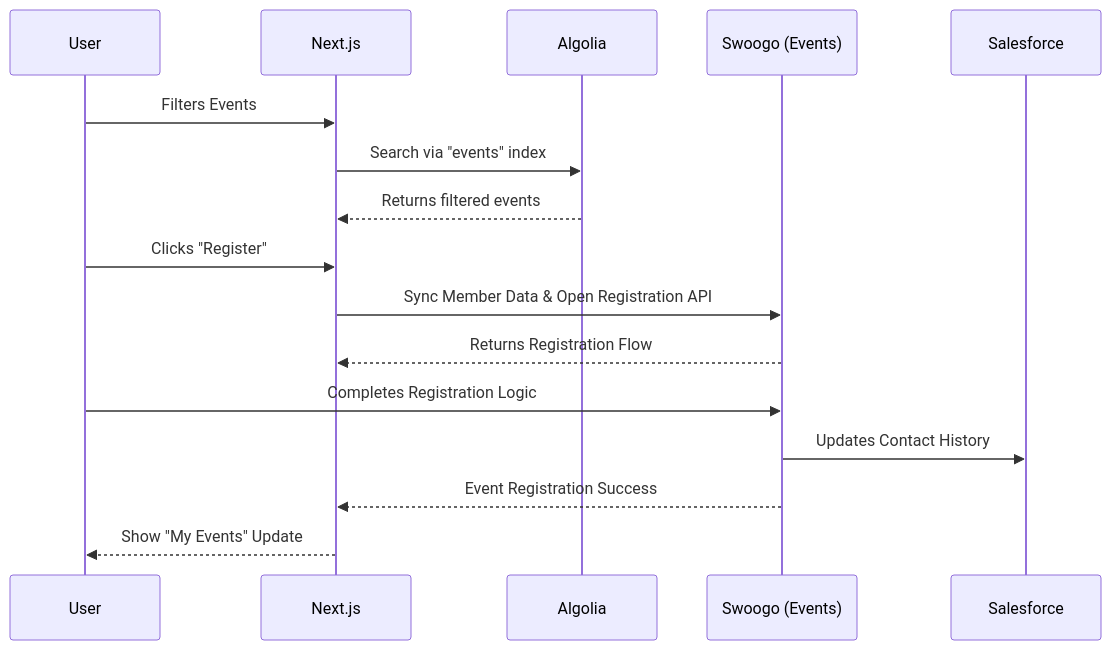
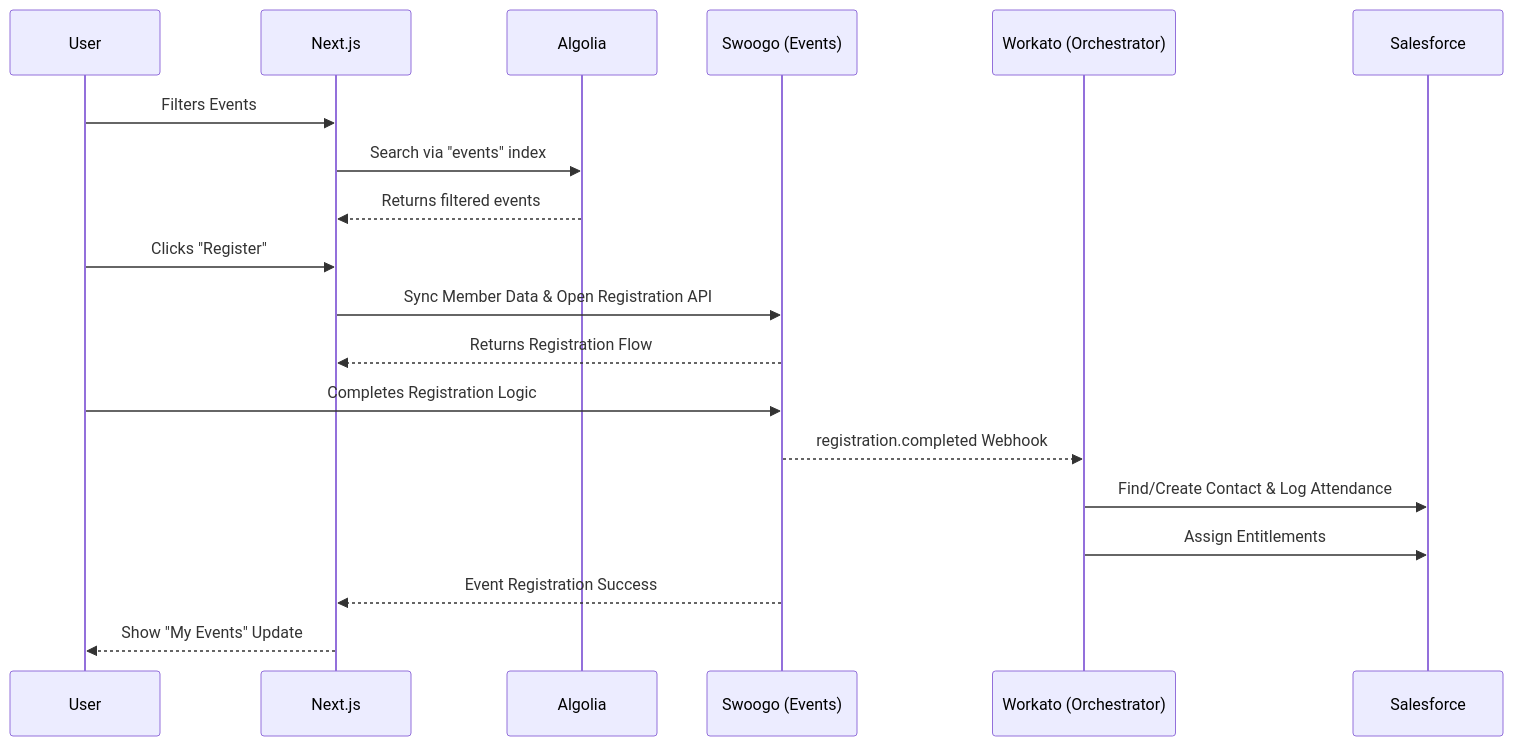
The sixth of 7 diagrams in BSAVA_MACH_ARCHITECTURE_DIAGRAM.md (timbowdeniona/bsava-com), drawn with Mermaid before and after one commit. The commit also changed other lines of this file, not shown here.

Commit message:
docs: Integrate Workato orchestrations into architecture diagram and user journeys

````diff
--- a/BSAVA_MACH_ARCHITECTURE_DIAGRAM.md
+++ b/BSAVA_MACH_ARCHITECTURE_DIAGRAM.md
@@ -225,19 +246,22 @@
 ```mermaid
 sequenceDiagram
     participant U as User
     participant N as Next.js
     participant A as Algolia
     participant SW as Swoogo (Events)
+    participant W as Workato (Orchestrator)
     participant SF as Salesforce
 
     U->>N: Filters Events
     N->>A: Search via "events" index
     A-->>N: Returns filtered events
     U->>N: Clicks "Register"
     N->>SW: Sync Member Data & Open Registration API
     SW-->>N: Returns Registration Flow
     U->>SW: Completes Registration Logic
-    SW->>SF: Updates Contact History
+    SW-->>W: registration.completed Webhook
+    W->>SF: Find/Create Contact & Log Attendance
+    W->>SF: Assign Entitlements
     SW-->>N: Event Registration Success
     N-->>U: Show "My Events" Update
 ```
````
